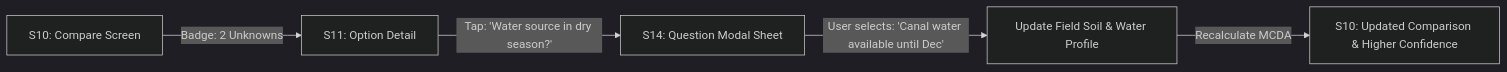
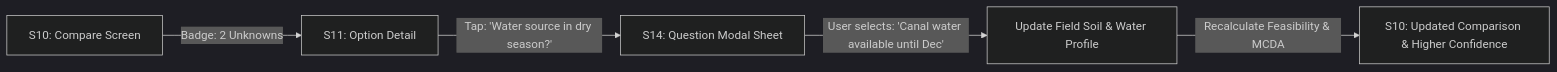
Before and after one commit to wintkhantlin/NasaFarmingApp: the fourth of 6 diagrams in docs/SCREEN_FLOWS.md, drawn with Mermaid (dark theme). The commit also changed other lines of this file and 82 other files, not shown here.

````diff
--- a/docs/SCREEN_FLOWS.md
+++ b/docs/SCREEN_FLOWS.md
@@ -174,7 +214,7 @@
 ```mermaid
 flowchart LR
     S10[S10: Compare Screen] -->|Badge: 2 Unknowns| S11[S11: Option Detail]
     S11 -->|Tap: 'Water source in dry season?'| S14[S14: Question Modal Sheet]
     S14 -->|User selects: 'Canal water available until Dec'| Store[Update Field Soil & Water Profile]
-    Store -->|Recalculate MCDA| S10_Updated[S10: Updated Comparison & Higher Confidence]
+    Store -->|Recalculate Feasibility & MCDA| S10_Updated[S10: Updated Comparison & Higher Confidence]
 ```
````
